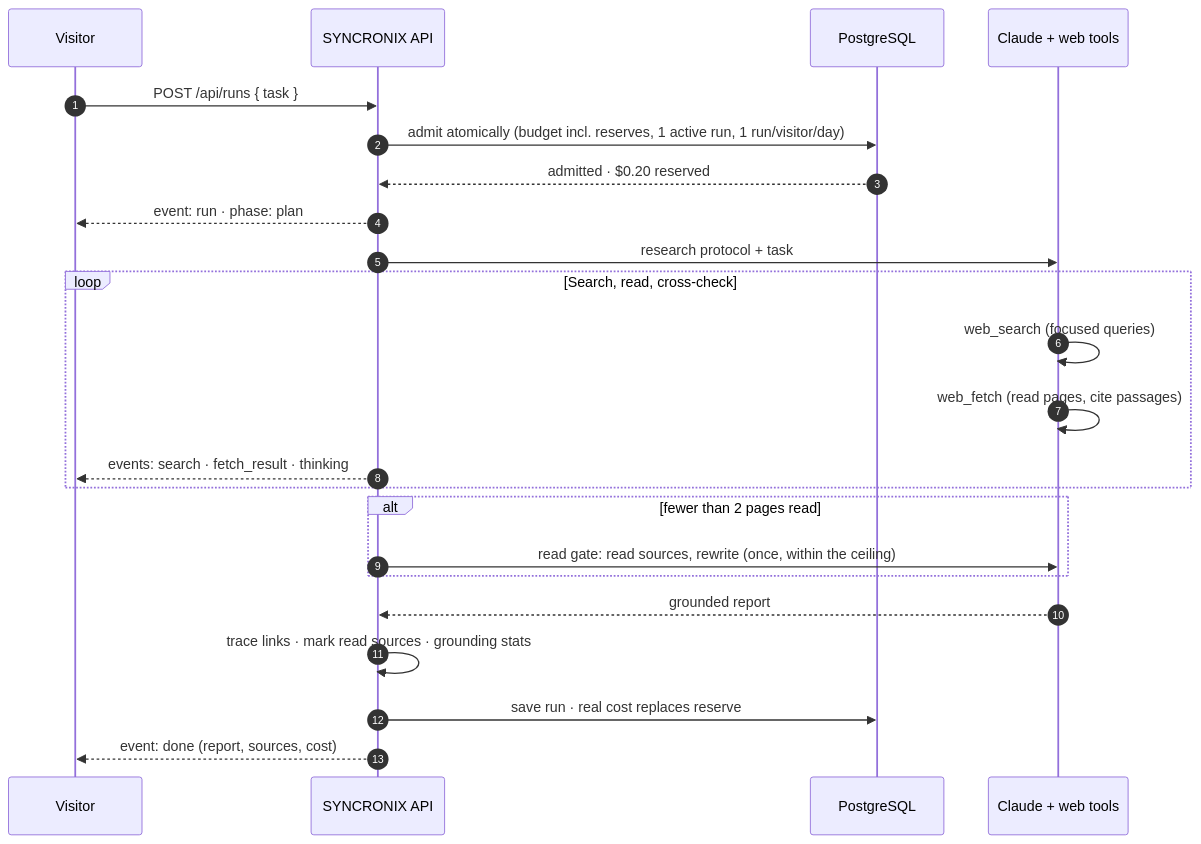
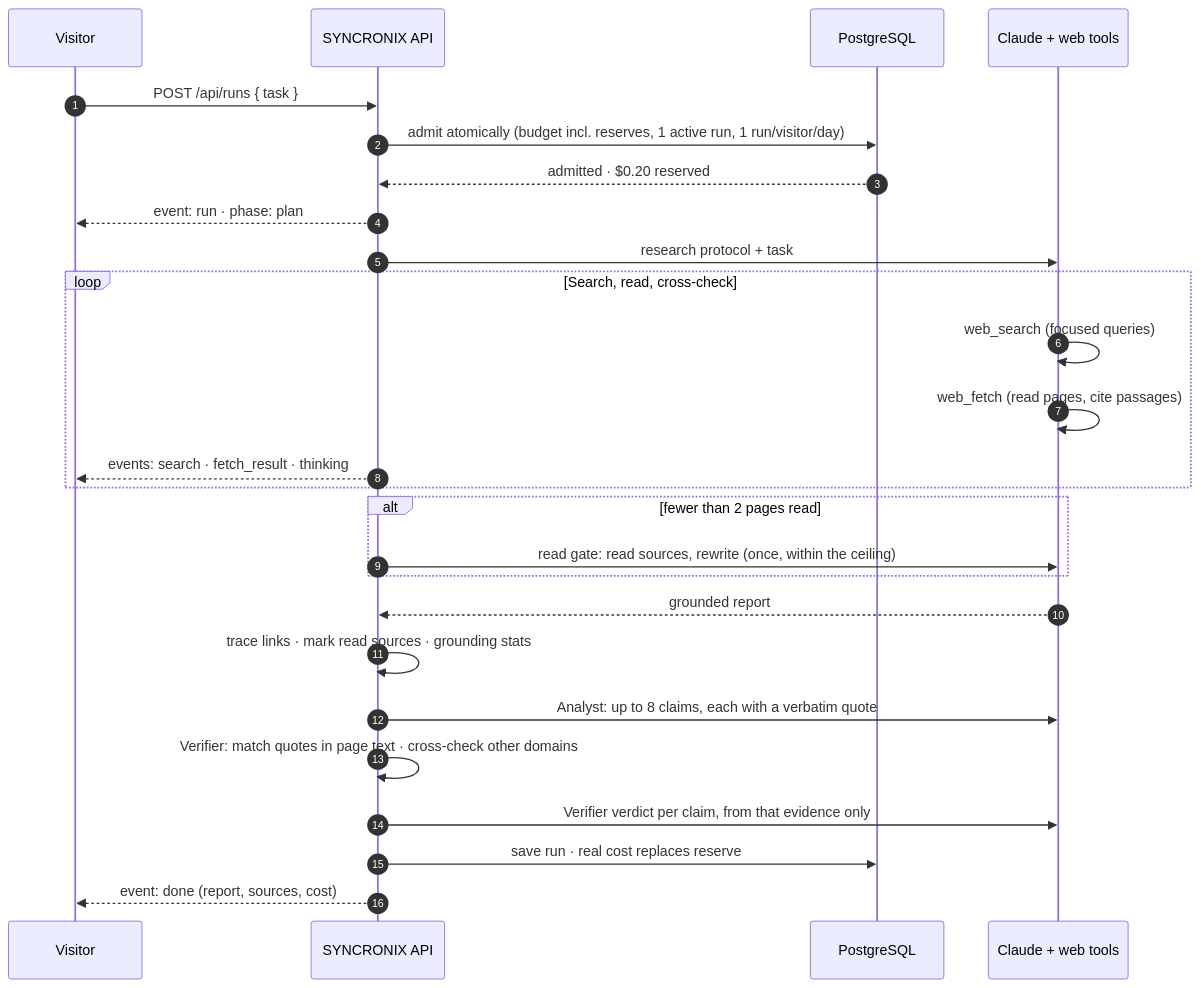
Before and after one commit to SyncronixLabs/SyncronixLabs: the second of 3 diagrams in README.md, drawn with Mermaid. The commit also changed other lines of this file and 1 other file, not shown here.

Commit message:
Profile: whitepaper and getting-started links, verified milestones, updated diagrams, security policy

````diff
--- a/README.md
+++ b/README.md
@@ -181,25 +190,28 @@
 ```mermaid
 sequenceDiagram
     autonumber
     participant V as Visitor
     participant S as SYNCRONIX API
     participant D as PostgreSQL
     participant M as Claude + web tools
     V->>S: POST /api/runs { task }
     S->>D: admit atomically (budget incl. reserves, 1 active run, 1 run/visitor/day)
     D-->>S: admitted · $0.20 reserved
     S-->>V: event: run · phase: plan
     S->>M: research protocol + task
     loop Search, read, cross-check
         M->>M: web_search (focused queries)
         M->>M: web_fetch (read pages, cite passages)
         S-->>V: events: search · fetch_result · thinking
     end
     alt fewer than 2 pages read
         S->>M: read gate: read sources, rewrite (once, within the ceiling)
     end
     M-->>S: grounded report
     S->>S: trace links · mark read sources · grounding stats
+    S->>M: Analyst: up to 8 claims, each with a verbatim quote
+    S->>S: Verifier: match quotes in page text · cross-check other domains
+    S->>M: Verifier verdict per claim, from that evidence only
     S->>D: save run · real cost replaces reserve
     S-->>V: event: done (report, sources, cost)
 ```
````
